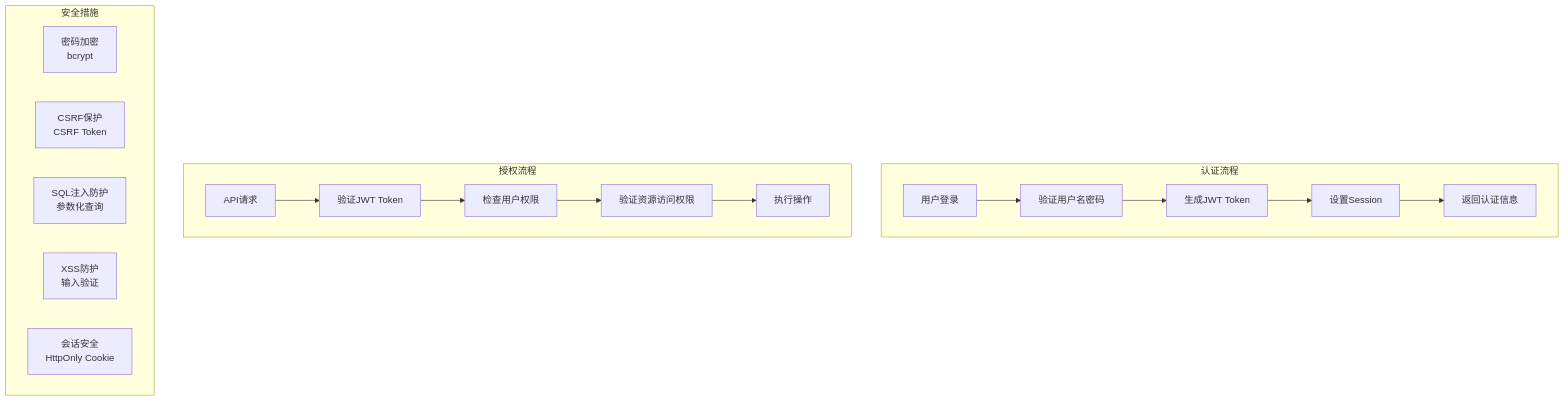
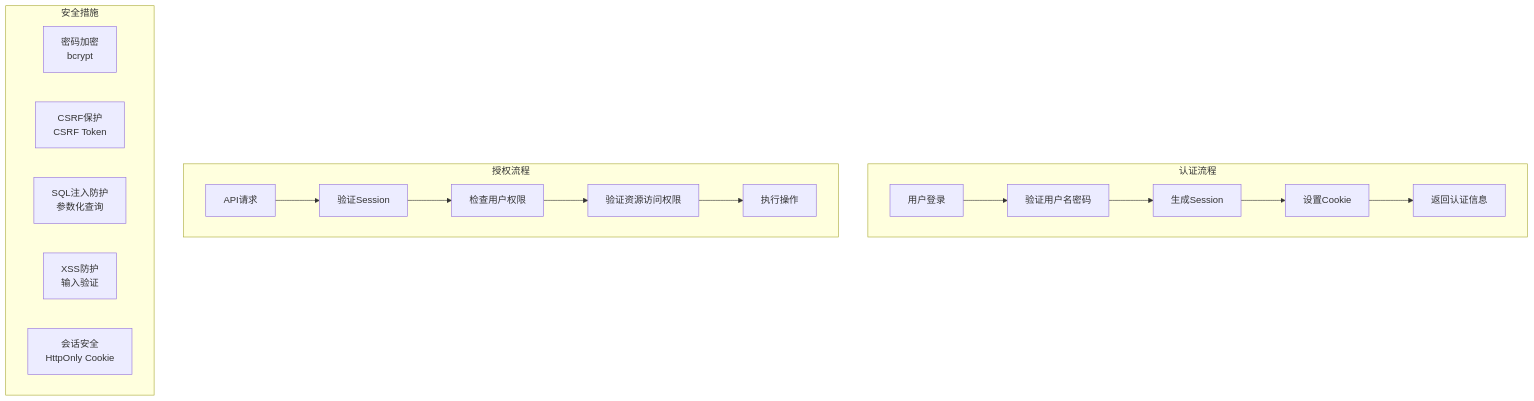
One commit to nyealovey/WhaleFall changed the seventh of 11 diagrams in docs/architecture/spec.md. Above: the diagram before and after it, drawn with Mermaid. The commit also changed other lines of this file and 13 other files, not shown here.

````diff
--- a/docs/architecture/spec.md
+++ b/docs/architecture/spec.md
@@ -559,24 +650,24 @@
 ```mermaid
 graph TB
     subgraph "认证流程"
         A[用户登录] --> B[验证用户名密码]
-        B --> C[生成JWT Token]
-        C --> D[设置Session]
+        B --> C[生成Session]
+        C --> D[设置Cookie]
         D --> E[返回认证信息]
     end
     
     subgraph "授权流程"
-        F[API请求] --> G[验证JWT Token]
+        F[API请求] --> G[验证Session]
         G --> H[检查用户权限]
         H --> I[验证资源访问权限]
         I --> J[执行操作]
     end
     
     subgraph "安全措施"
         K[密码加密<br/>bcrypt]
         L[CSRF保护<br/>CSRF Token]
         M[SQL注入防护<br/>参数化查询]
         N[XSS防护<br/>输入验证]
         O[会话安全<br/>HttpOnly Cookie]
     end
 ```
````
